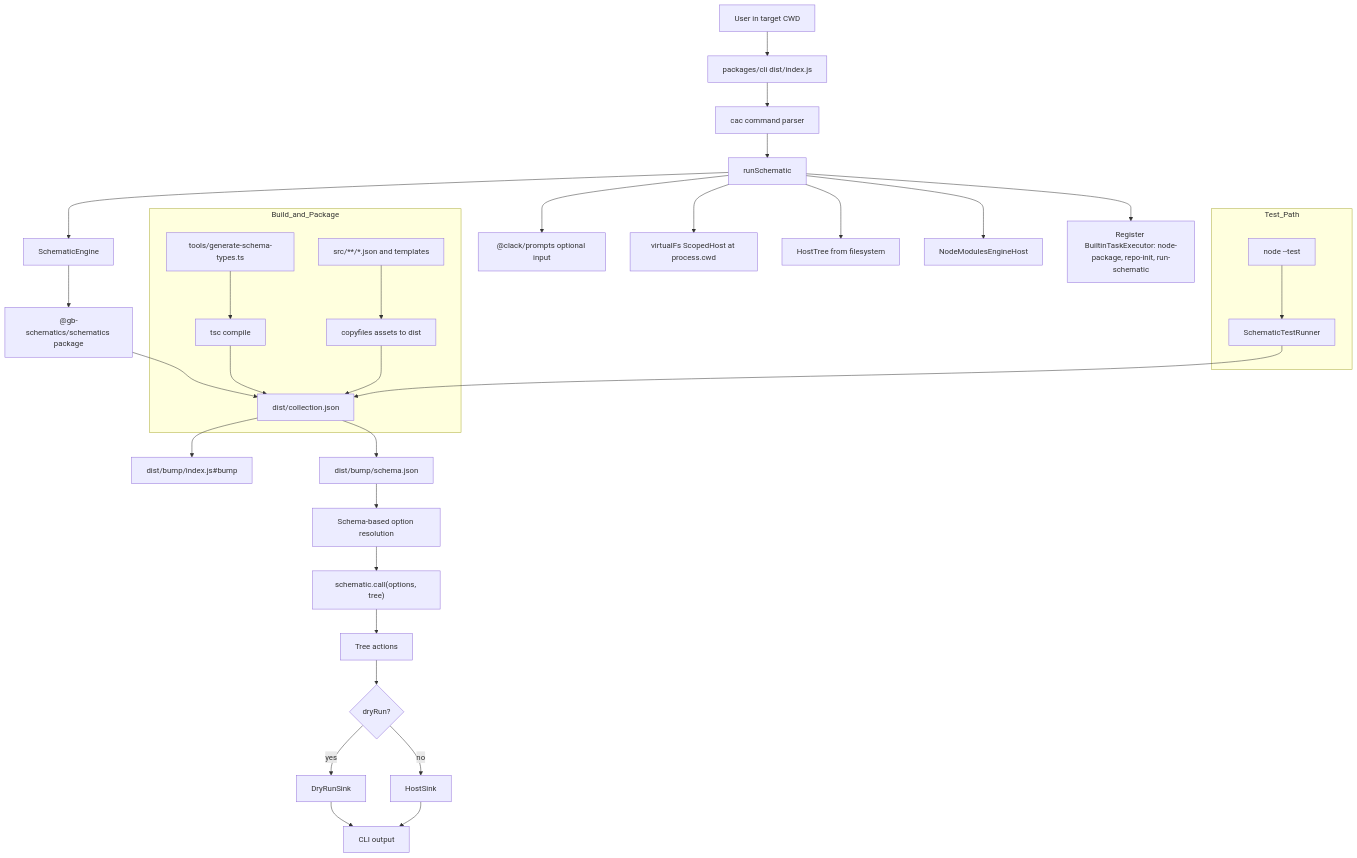
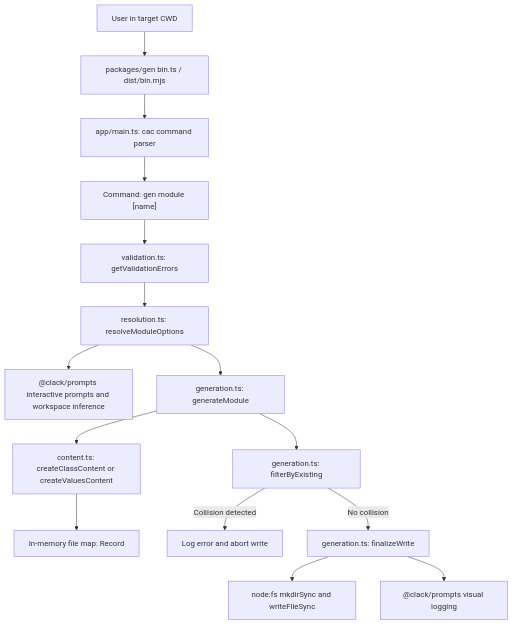
The diagram in docs/devkit-runner-architecture.md (GaryB432/gb-schematics), drawn with Mermaid before and after one commit. The commit also changed other lines of this file and 69 other files, not shown here.

````diff
--- a/docs/devkit-runner-architecture.md
+++ b/docs/devkit-runner-architecture.md
@@ -18,47 +16,20 @@
 ```mermaid
-flowchart TD
-	U["User in target CWD"] --> CLI["packages/cli dist/index.js"]
-	CLI --> CAC["cac command parser"]
-	CAC --> RUN["runSchematic"]
+flowchart TB
+	U["User in target CWD"] --> BIN["packages/gen bin.ts / dist/bin.mjs"]
+	BIN --> MAIN["app/main.ts: cac command parser"]
+	MAIN --> CMD["Command: gen module [name]"]
 
-	RUN --> CLACK["@clack/prompts optional input"]
-	RUN --> HOST["virtualFs ScopedHost at process.cwd"]
-	RUN --> TREE["HostTree from filesystem"]
-	RUN --> ENGHOST["NodeModulesEngineHost"]
-	RUN --> ENG["SchematicEngine"]
-	RUN --> TASKS["Register BuiltinTaskExecutor: node-package, repo-init, run-schematic"]
+	CMD --> VAL["validation.ts: getValidationErrors"]
+	VAL --> RES["resolution.ts: resolveModuleOptions"]
+	RES --> PROMPT["@clack/prompts interactive prompts and workspace inference"]
 
-	ENG --> COLL["@gb-schematics/schematics package"]
-	COLL --> DISTCOLL["dist/collection.json"]
-	DISTCOLL --> FACTORY["dist/bump/index.js#bump"]
-	DISTCOLL --> SCHEMA["dist/bump/schema.json"]
+	RES --> GEN["generation.ts: generateModule"]
+	GEN --> CONT["content.ts: createClassContent or createValuesContent"]
+	CONT --> MAP["In-memory file map: Record<path, content>"]
 
-	SCHEMA --> OPTS["Schema-based option resolution"]
-	OPTS --> CALL["schematic.call(options, tree)"]
-	CALL --> RESULT["Tree actions"]
-
-	RESULT --> SINK{"dryRun?"}
-	SINK -->|yes| DRY["DryRunSink"]
-	SINK -->|no| HOSTSINK["HostSink"]
-	DRY --> OUT["CLI output"]
-	HOSTSINK --> OUT
-
-	subgraph Build_and_Package
-		SRCJSON["src/**/*.json and templates"]
-		GENTS["tools/generate-schema-types.ts"]
-		TSC["tsc compile"]
-		COPY["copyfiles assets to dist"]
-
-		GENTS --> TSC
-		SRCJSON --> COPY
-		TSC --> DISTCOLL
-		COPY --> DISTCOLL
-	end
-
-	subgraph Test_Path
-		NODETEST["node --test"]
-		STRUN["SchematicTestRunner"]
-		NODETEST --> STRUN
-		STRUN --> DISTCOLL
-	end
+	GEN --> CHECK["generation.ts: filterByExisting"]
+	CHECK -->|Collision detected| ABORT["Log error and abort write"]
+	CHECK -->|No collision| WRITE["generation.ts: finalizeWrite"]
+	WRITE --> FS["node:fs mkdirSync and writeFileSync"]
+	WRITE --> LOG["@clack/prompts visual logging"]
 ```
````
